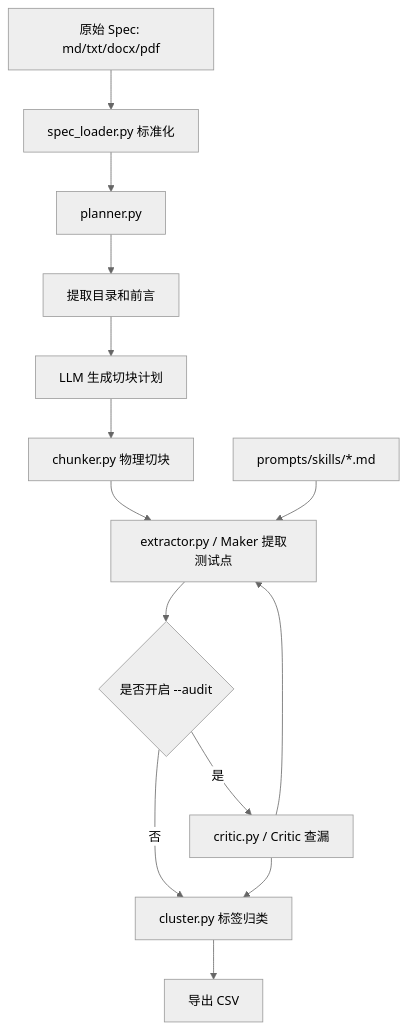
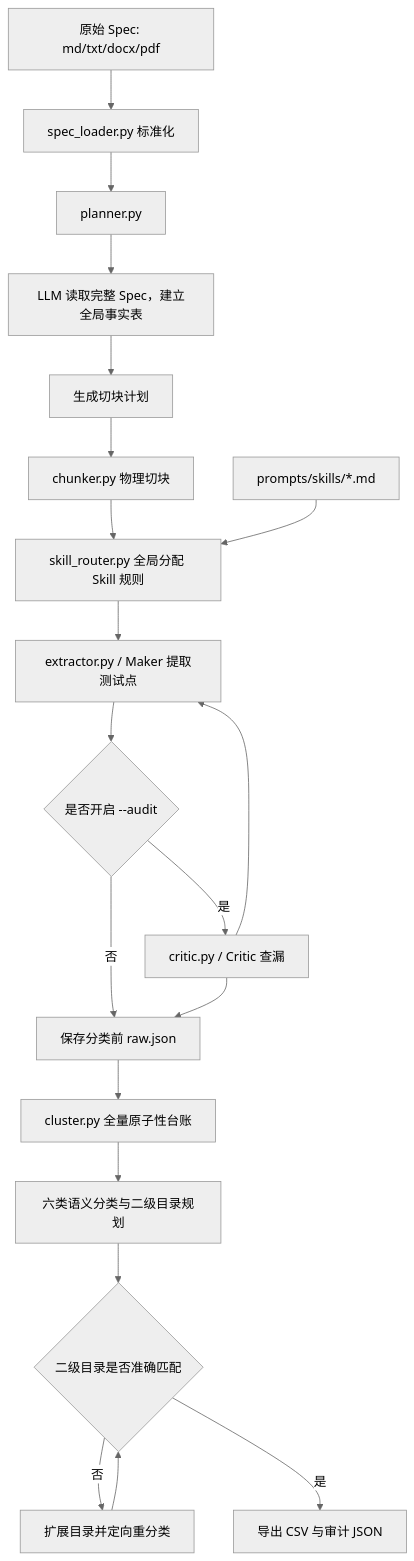
The diagram in docs/USER_MANUAL.md (yyou-light/dv-spec2testplan-agent), drawn with Mermaid (neutral theme) before and after one commit. The commit also changed other lines of this file and 15 other files, not shown here.

````diff
--- a/docs/USER_MANUAL.md
+++ b/docs/USER_MANUAL.md
@@ -47,16 +47,23 @@
 ```mermaid
 flowchart TD
     A["原始 Spec: md/txt/docx/pdf"] --> L["spec_loader.py 标准化"]
     L --> B["planner.py"]
-    B --> C["提取目录和前言"]
-    C --> D["LLM 生成切块计划"]
+    B --> C["LLM 读取完整 Spec，建立全局事实表"]
+    C --> D["生成切块计划"]
     D --> E["chunker.py 物理切块"]
-    E --> F["extractor.py / Maker 提取测试点"]
+    E --> R["skill_router.py 全局分配 Skill 规则"]
+    R --> F
+    F["extractor.py / Maker 提取测试点"]
     F --> G{"是否开启 --audit"}
     G -- 是 --> H["critic.py / Critic 查漏"]
     H --> F
-    G -- 否 --> I["cluster.py 标签归类"]
+    G -- 否 --> I["保存分类前 raw.json"]
     H --> I
-    I --> J["导出 CSV"]
-    K["prompts/skills/*.md"] --> F
+    I --> M["cluster.py 全量原子性台账"]
+    M --> N["六类语义分类与二级目录规划"]
+    N --> O{"二级目录是否准确匹配"}
+    O -- 否 --> P["扩展目录并定向重分类"]
+    P --> O
+    O -- 是 --> J["导出 CSV 与审计 JSON"]
+    K["prompts/skills/*.md"] --> R
 ```
````
